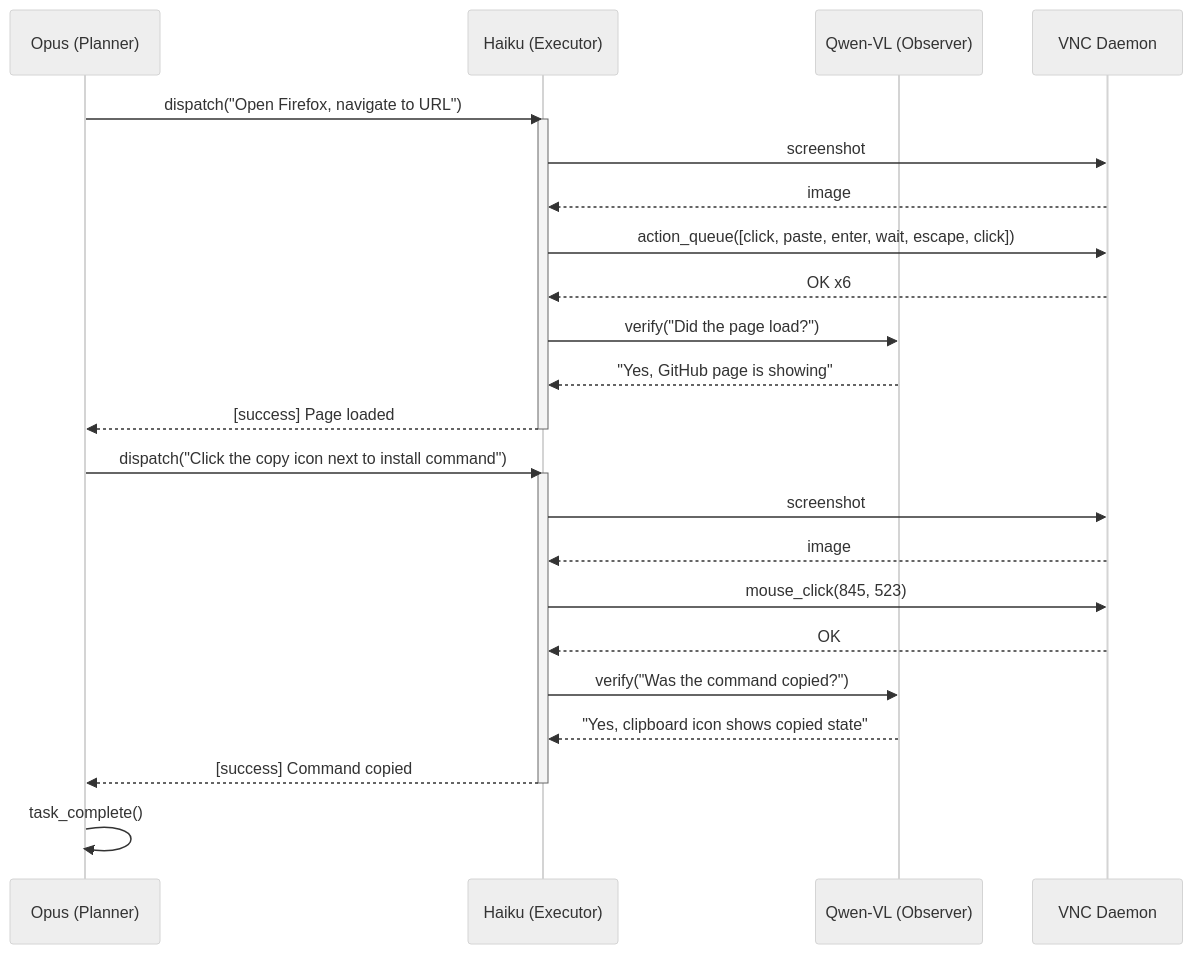
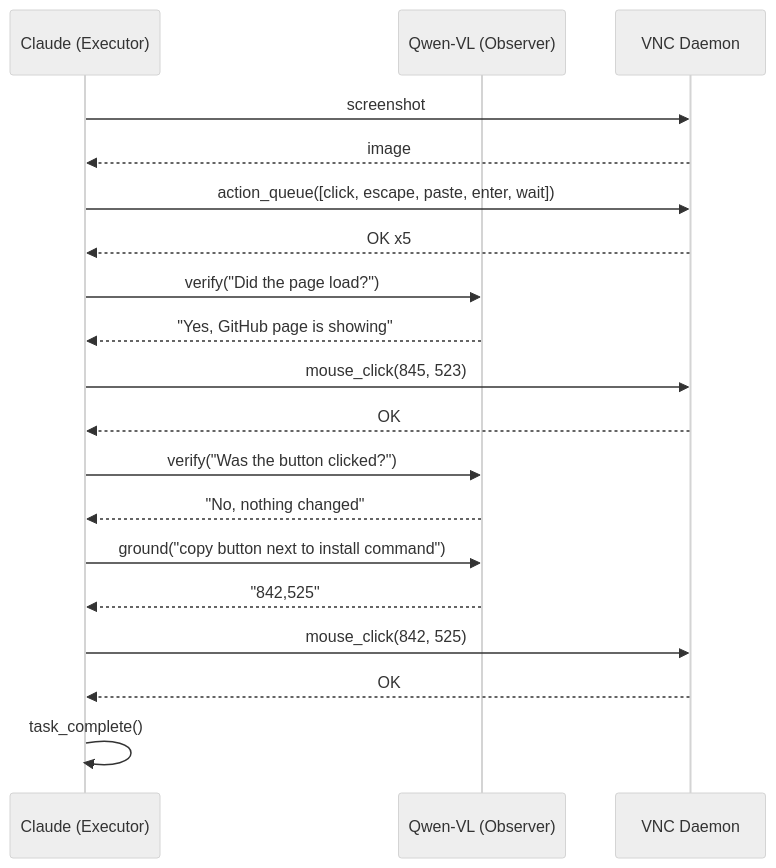
The diagram in test/README.md (ARAS-Workspace/claude-kvm), drawn with Mermaid (neutral theme) before and after one commit. The commit also changed other lines of this file and 10 other files, not shown here.

Commit message:
Replace hierarchical planner+executor with flat executor+observer architecture, add coordinate grounding

````diff
--- a/test/README.md
+++ b/test/README.md
@@ -7,31 +7,25 @@
 ```mermaid
 sequenceDiagram
-    participant P as Opus (Planner)
-    participant E as Haiku (Executor)
+    participant E as Claude (Executor)
     participant O as Qwen-VL (Observer)
     participant V as VNC Daemon
 
-    P->>E: dispatch("Open Firefox, navigate to URL")
-    activate E
     E->>V: screenshot
     V-->>E: image
-    E->>V: action_queue([click, paste, enter, wait, escape, click])
-    V-->>E: OK x6
+    E->>V: action_queue([click, escape, paste, enter, wait])
+    V-->>E: OK x5
     E->>O: verify("Did the page load?")
     O-->>E: "Yes, GitHub page is showing"
-    E-->>P: [success] Page loaded
-    deactivate E
 
-    P->>E: dispatch("Click the copy icon next to install command")
-    activate E
-    E->>V: screenshot
-    V-->>E: image
     E->>V: mouse_click(845, 523)
     V-->>E: OK
-    E->>O: verify("Was the command copied?")
-    O-->>E: "Yes, clipboard icon shows copied state"
-    E-->>P: [success] Command copied
-    deactivate E
+    E->>O: verify("Was the button clicked?")
+    O-->>E: "No, nothing changed"
 
-    P->>P: task_complete()
+    E->>O: ground("copy button next to install command")
+    O-->>E: "842,525"
+    E->>V: mouse_click(842, 525)
+    V-->>E: OK
+
+    E->>E: task_complete()
 ```
````
